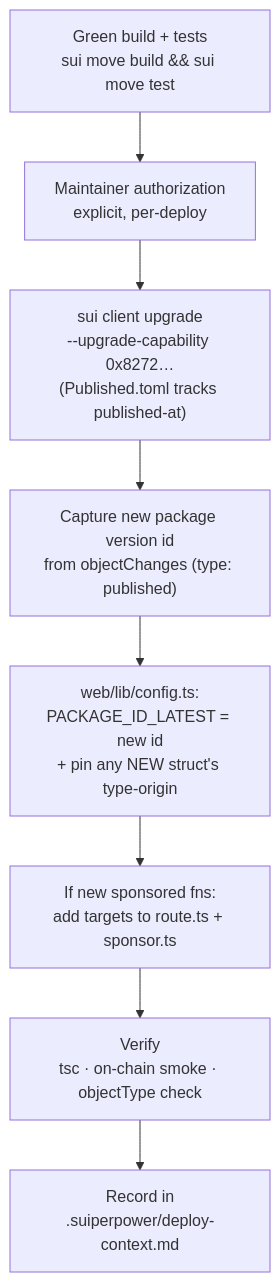
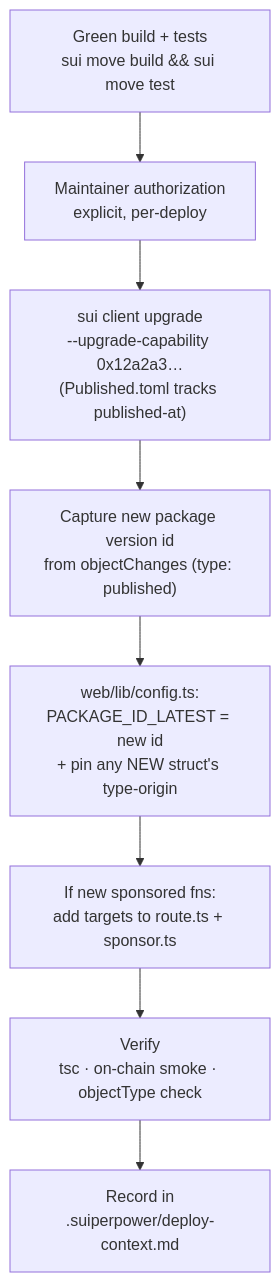
Before and after one commit to hostit-events/hostit-sui: the diagram in DEPLOYING.md, drawn with Mermaid. The commit also changed other lines of this file and 4 other files, not shown here.

````diff
--- a/DEPLOYING.md
+++ b/DEPLOYING.md
@@ -34,10 +36,10 @@
 ```mermaid
 flowchart TD
   A["Green build + tests<br/>sui move build &amp;&amp; sui move test"] --> B["Maintainer authorization<br/>explicit, per-deploy"]
-  B --> C["sui client upgrade<br/>--upgrade-capability 0x8272…<br/>(Published.toml tracks published-at)"]
+  B --> C["sui client upgrade<br/>--upgrade-capability 0x12a2a3…<br/>(Published.toml tracks published-at)"]
   C --> D["Capture new package version id<br/>from objectChanges (type: published)"]
   D --> E["web/lib/config.ts:<br/>PACKAGE_ID_LATEST = new id<br/>+ pin any NEW struct's type-origin"]
   E --> F["If new sponsored fns:<br/>add targets to route.ts + sponsor.ts"]
   F --> G["Verify<br/>tsc · on-chain smoke · objectType check"]
   G --> H["Record in<br/>.suiperpower/deploy-context.md"]
 ```
````
